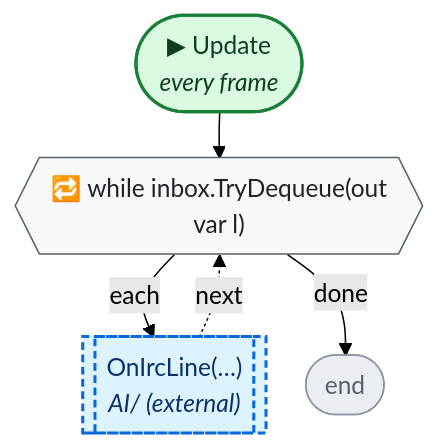
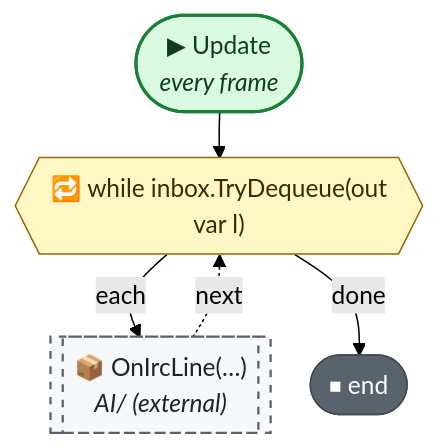
Before and after one commit to nataiai/Lord-of-the-Dungeon: the third of 8 diagrams in CodeGraph~/graph/AI/UnifiedChat.cs.md, drawn with Mermaid (forest theme). The commit also changed other lines of this file and 57 other files, not shown here.

````diff
--- a/CodeGraph~/graph/AI/UnifiedChat.cs.md
+++ b/CodeGraph~/graph/AI/UnifiedChat.cs.md
@@ -140,36 +142,36 @@
 ```mermaid
 ---
 config:
   flowchart:
     wrappingWidth: 260
     nodeSpacing: 26
     rankSpacing: 30
 ---
 flowchart TD
   nS(["▶ Update<br><i>every frame</i>"])
   n21784f{{"🔁 while inbox.TryDequeue(out<br>var l)"}}
-  n83041a[["OnIrcLine(…)<br><i>AI/ (external)</i>"]]
-  nE(["end"])
+  n83041a[["📦 OnIrcLine(…)<br><i>AI/ (external)</i>"]]
+  nE(["⏹ end"])
   nS --> n21784f
   n21784f -->|each| n83041a
   n83041a -.->|next| n21784f
   n21784f -->|done| nE
   classDef unity fill:#dafbe1,stroke:#1a7f37,stroke-width:2px,color:#0f3d1d
   classDef start fill:#dafbe1,stroke:#1a7f37,stroke-width:2px,color:#0f3d1d
-  classDef calc fill:#ffffff,stroke:#d0d7de,color:#57606a
+  classDef calc fill:#f6f8fa,stroke:#d1d9e0,color:#59636e
   classDef calls fill:#ddf4ff,stroke:#0969da,stroke-width:2px,color:#0a3069
-  classDef ext fill:#ddf4ff,stroke:#0969da,stroke-width:2px,stroke-dasharray:5 3,color:#0a3069
-  classDef cond fill:#fff8c5,stroke:#bf8700,stroke-width:1.5px,color:#3d2a00
-  classDef loop fill:#f6f8fa,stroke:#57606a,color:#1f2328
-  classDef exit fill:#ffebe9,stroke:#cf222e,color:#82071e
+  classDef ext fill:#f6f8fa,stroke:#59636e,stroke-width:1.5px,stroke-dasharray:5 5,color:#1f2328
+  classDef cond fill:#fff8c5,stroke:#9a6700,stroke-width:1.5px,color:#3d2a00
+  classDef loop fill:#fff8c5,stroke:#9a6700,color:#3d2a00
+  classDef wait fill:#fff8c5,stroke:#9a6700,color:#3d2a00
+  classDef exit fill:#59636e,stroke:#424a53,color:#ffffff
+  classDef fin fill:#59636e,stroke:#424a53,color:#ffffff
+  classDef act fill:#ffffff,stroke:#59636e,stroke-width:1.5px,color:#1f2328
   classDef kill fill:#ffebe9,stroke:#cf222e,stroke-width:2px,color:#82071e
-  classDef spawn fill:#dafbe1,stroke:#1a7f37,stroke-width:2px,color:#0f3d1d
-  classDef wait fill:#fff1e5,stroke:#bc4c00,color:#4d1d00
-  classDef fin fill:#eaeef2,stroke:#8c959f,color:#57606a
   classDef join fill:#d0d7de,stroke:#8c959f,color:#57606a
   classDef ghdr fill:#f5f9ff,stroke:#f5f9ff,color:#0a3069,font-weight:bold
   class n83041a ext
   class nE fin
   class n21784f loop
   class nS unity
 ```
````
